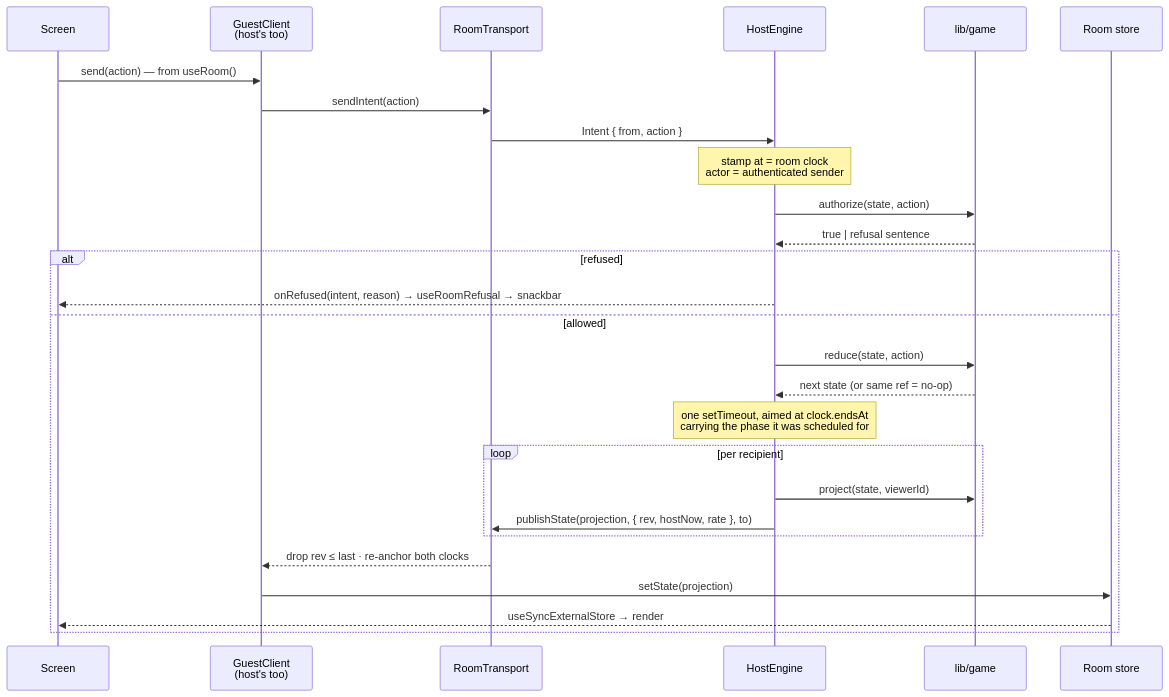
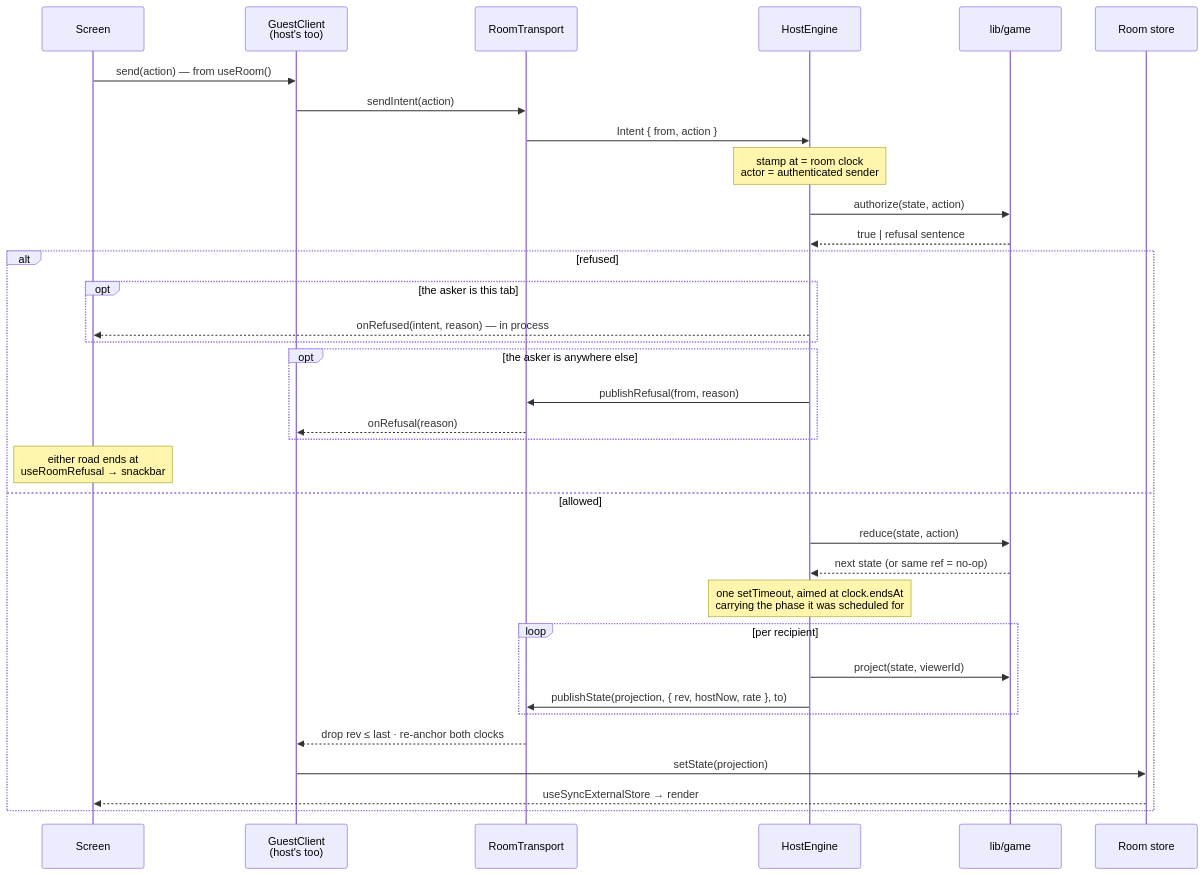
The fourth of 11 diagrams in docs/architecture.md (Jmeza081/captionist), drawn with Mermaid before and after one commit. The commit also changed other lines of this file and 3 other files, not shown here.

````diff
--- a/docs/architecture.md
+++ b/docs/architecture.md
@@ -222,30 +648,37 @@
 ```mermaid
 sequenceDiagram
   participant S as Screen
   participant Gu as GuestClient<br/>(host's too)
   participant T as RoomTransport
   participant H as HostEngine
   participant Ga as lib/game
   participant St as Room store
 
   S->>Gu: send(action) — from useRoom()
   Gu->>T: sendIntent(action)
   T->>H: Intent { from, action }
   Note over H: stamp at = room clock<br/>actor = authenticated sender
   H->>Ga: authorize(state, action)
   Ga-->>H: true | refusal sentence
   alt refused
-    H-->>S: onRefused(intent, reason) → useRoomRefusal → snackbar
+    opt the asker is this tab
+      H-->>S: onRefused(intent, reason) — in process
+    end
+    opt the asker is anywhere else
+      H->>T: publishRefusal(from, reason)
+      T-->>Gu: onRefusal(reason)
+    end
+    Note over S: either road ends at<br/>useRoomRefusal → snackbar
   else allowed
     H->>Ga: reduce(state, action)
     Ga-->>H: next state (or same ref = no-op)
     Note over H: one setTimeout, aimed at clock.endsAt<br/>carrying the phase it was scheduled for
     loop per recipient
       H->>Ga: project(state, viewerId)
       H->>T: publishState(projection, { rev, hostNow, rate }, to)
     end
     T-->>Gu: drop rev ≤ last · re-anchor both clocks
     Gu->>St: setState(projection)
     St-->>S: useSyncExternalStore → render
   end
 ```
````
